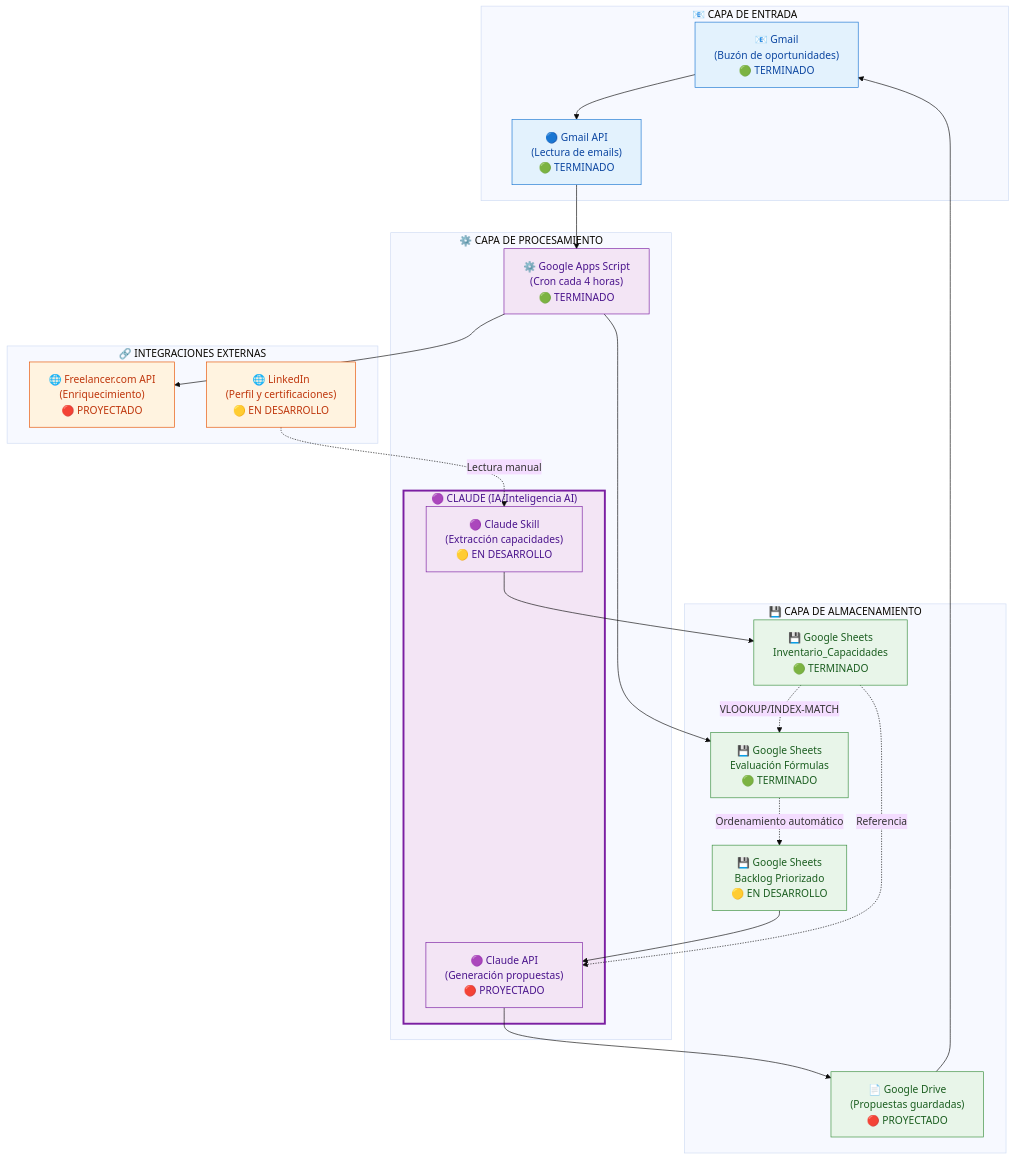
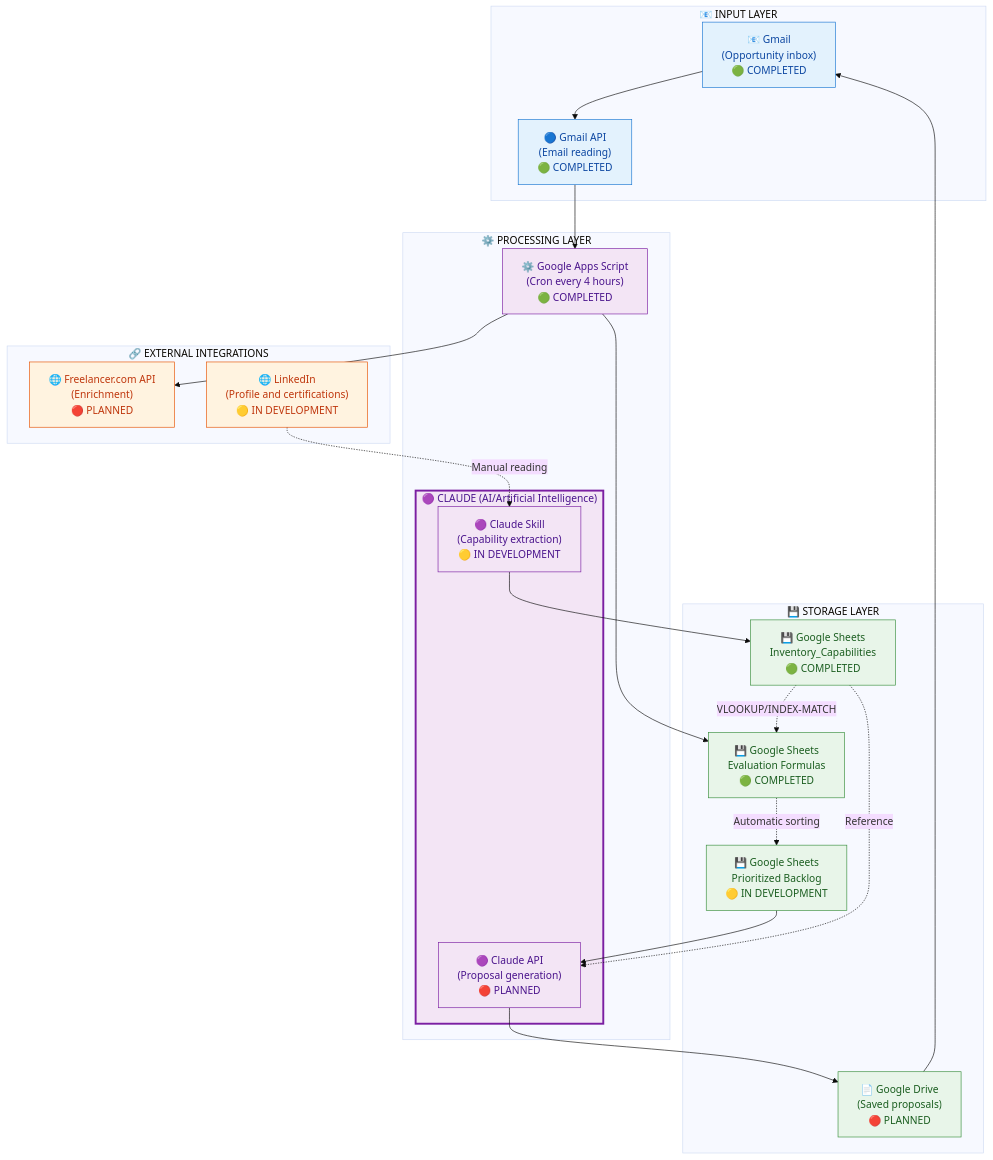
The third of 4 diagrams in docs/vistas/componentes_tecnologicos.md (yadenispinero/Leads-auto), drawn with Mermaid (base theme) before and after one commit. The commit also changed other lines of this file, not shown here.

First line of the commit message:
docs: Translate all diagrams and content to English

````diff
--- a/docs/vistas/componentes_tecnologicos.md
+++ b/docs/vistas/componentes_tecnologicos.md
@@ -156,59 +156,59 @@
 ```mermaid
 graph TB
-    subgraph "📧 CAPA DE ENTRADA"
-        Gmail["📧 Gmail<br/>(Buzón de oportunidades)<br/>🟢 TERMINADO"]
-        GmailAPI["🔵 Gmail API<br/>(Lectura de emails)<br/>🟢 TERMINADO"]
+    subgraph "📧 INPUT LAYER"
+        Gmail["📧 Gmail<br/>(Opportunity inbox)<br/>🟢 COMPLETED"]
+        GmailAPI["🔵 Gmail API<br/>(Email reading)<br/>🟢 COMPLETED"]
     end
 
-    subgraph "⚙️ CAPA DE PROCESAMIENTO"
-        GAS["⚙️ Google Apps Script<br/>(Cron cada 4 horas)<br/>🟢 TERMINADO"]
+    subgraph "⚙️ PROCESSING LAYER"
+        GAS["⚙️ Google Apps Script<br/>(Cron every 4 hours)<br/>🟢 COMPLETED"]
         
-        subgraph Claude["🟣 CLAUDE (IA/Inteligencia AI)"]
-            ClaudeSkill["🟣 Claude Skill<br/>(Extracción capacidades)<br/>🟡 EN DESARROLLO"]
-            ClaudeAPI["🟣 Claude API<br/>(Generación propuestas)<br/>🔴 PROYECTADO"]
+        subgraph Claude["🟣 CLAUDE (AI/Artificial Intelligence)"]
+            ClaudeSkill["🟣 Claude Skill<br/>(Capability extraction)<br/>🟡 IN DEVELOPMENT"]
+            ClaudeAPI["🟣 Claude API<br/>(Proposal generation)<br/>🔴 PLANNED"]
         end
     end
 
-    subgraph "💾 CAPA DE ALMACENAMIENTO"
-        SheetsInventario["💾 Google Sheets<br/>Inventario_Capacidades<br/>🟢 TERMINADO"]
-        SheetsEvaluacion["💾 Google Sheets<br/>Evaluación Fórmulas<br/>🟢 TERMINADO"]
-        SheetsBacklog["💾 Google Sheets<br/>Backlog Priorizado<br/>🟡 EN DESARROLLO"]
-        Drive["📄 Google Drive<br/>(Propuestas guardadas)<br/>🔴 PROYECTADO"]
+    subgraph "💾 STORAGE LAYER"
+        SheetsInventario["💾 Google Sheets<br/>Inventory_Capabilities<br/>🟢 COMPLETED"]
+        SheetsEvaluacion["💾 Google Sheets<br/>Evaluation Formulas<br/>🟢 COMPLETED"]
+        SheetsBacklog["💾 Google Sheets<br/>Prioritized Backlog<br/>🟡 IN DEVELOPMENT"]
+        Drive["📄 Google Drive<br/>(Saved proposals)<br/>🔴 PLANNED"]
     end
 
-    subgraph "🔗 INTEGRACIONES EXTERNAS"
-        Freelancer["🌐 Freelancer.com API<br/>(Enriquecimiento)<br/>🔴 PROYECTADO"]
-        LinkedIn["🌐 LinkedIn<br/>(Perfil y certificaciones)<br/>🟡 EN DESARROLLO"]
+    subgraph "🔗 EXTERNAL INTEGRATIONS"
+        Freelancer["🌐 Freelancer.com API<br/>(Enrichment)<br/>🔴 PLANNED"]
+        LinkedIn["🌐 LinkedIn<br/>(Profile and certifications)<br/>🟡 IN DEVELOPMENT"]
     end
 
-    %% Conexiones
+    %% Connections
     Gmail --> GmailAPI
     GmailAPI --> GAS
     GAS --> Freelancer
     GAS --> SheetsEvaluacion
     
     SheetsInventario -.->|VLOOKUP/INDEX-MATCH| SheetsEvaluacion
-    SheetsEvaluacion -.->|Ordenamiento automático| SheetsBacklog
+    SheetsEvaluacion -.->|Automatic sorting| SheetsBacklog
     
     ClaudeSkill --> SheetsInventario
-    LinkedIn -.->|Lectura manual| ClaudeSkill
+    LinkedIn -.->|Manual reading| ClaudeSkill
     
     SheetsBacklog --> ClaudeAPI
     ClaudeAPI --> Drive
     Drive --> Gmail
     
-    SheetsInventario -.->|Referencia| ClaudeAPI
+    SheetsInventario -.->|Reference| ClaudeAPI
 
     classDef entrada fill:#e3f2fd,stroke:#1976d2,color:#0d47a1
     classDef proceso fill:#f3e5f5,stroke:#7b1fa2,color:#4a148c
     classDef almacen fill:#e8f5e9,stroke:#388e3c,color:#1b5e20
     classDef externo fill:#fff3e0,stroke:#e65100,color:#bf360c
     classDef claude fill:#f3e5f5,stroke:#7b1fa2,color:#4a148c,stroke-width:3px
 
     class Gmail,GmailAPI entrada
     class GAS proceso
     class Claude claude
     class ClaudeSkill,ClaudeAPI proceso
     class SheetsInventario,SheetsEvaluacion,SheetsBacklog,Drive almacen
     class Freelancer,LinkedIn externo
 ```
````
